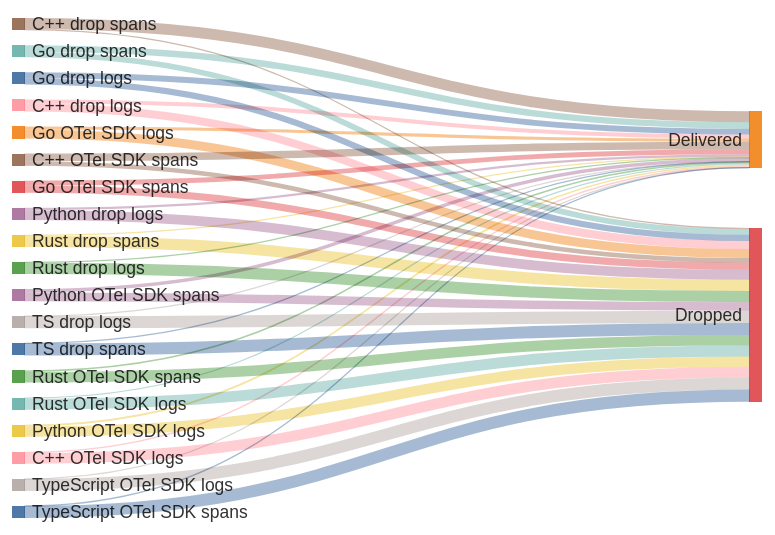
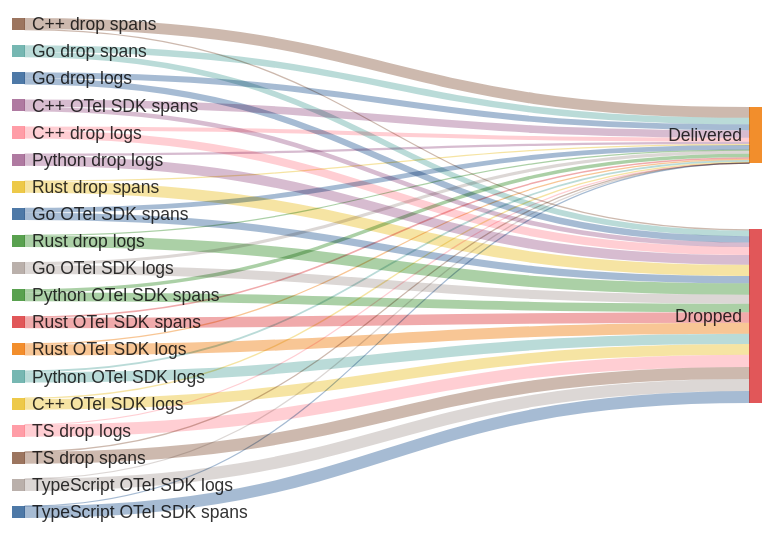
Diagram 19 of 24 in docs/benchmark.md (the-protobuf-project/telemetry), drawn with Mermaid before and after one commit. The commit also changed other lines of this file and 4 other files, not shown here.

````diff
--- a/docs/benchmark.md
+++ b/docs/benchmark.md
@@ -306,48 +307,48 @@
 ```mermaid
 ---
 config:
   sankey:
     showValues: false
     linkColor: source
 ---
 sankey-beta
 
 Go drop logs,Delivered,486812
 Go drop logs,Dropped,513188
 Go drop spans,Delivered,534016
 Go drop spans,Dropped,465984
 Rust drop logs,Delivered,65528
 Rust drop logs,Dropped,934472
 Rust drop spans,Delivered,69651
 Rust drop spans,Dropped,930349
 Python drop logs,Delivered,192153
 Python drop logs,Dropped,807847
 C++ drop logs,Delivered,332800
 C++ drop logs,Dropped,667200
 C++ drop spans,Delivered,897247
 C++ drop spans,Dropped,102753
-TS drop logs,Delivered,2560
-TS drop logs,Dropped,997440
-TS drop spans,Delivered,2560
-TS drop spans,Dropped,997440
 Go OTel SDK logs,Delivered,258286
 Go OTel SDK logs,Dropped,741714
 Go OTel SDK spans,Delivered,401408
 Go OTel SDK spans,Dropped,598592
 Rust OTel SDK logs,Delivered,96809
 Rust OTel SDK logs,Dropped,903191
 Rust OTel SDK spans,Delivered,129558
 Rust OTel SDK spans,Dropped,870442
 Python OTel SDK logs,Delivered,143383
 Python OTel SDK logs,Dropped,856617
 Python OTel SDK spans,Delivered,287232
 Python OTel SDK spans,Dropped,712768
 C++ OTel SDK logs,Delivered,115003
 C++ OTel SDK logs,Dropped,884997
 C++ OTel SDK spans,Delivered,623026
 C++ OTel SDK spans,Dropped,376974
+TS drop logs,Delivered,2560
+TS drop logs,Dropped,997440
+TS drop spans,Delivered,2560
+TS drop spans,Dropped,997440
 TypeScript OTel SDK logs,Delivered,2560
 TypeScript OTel SDK logs,Dropped,997440
 TypeScript OTel SDK spans,Delivered,2560
 TypeScript OTel SDK spans,Dropped,997440
 ```
````
